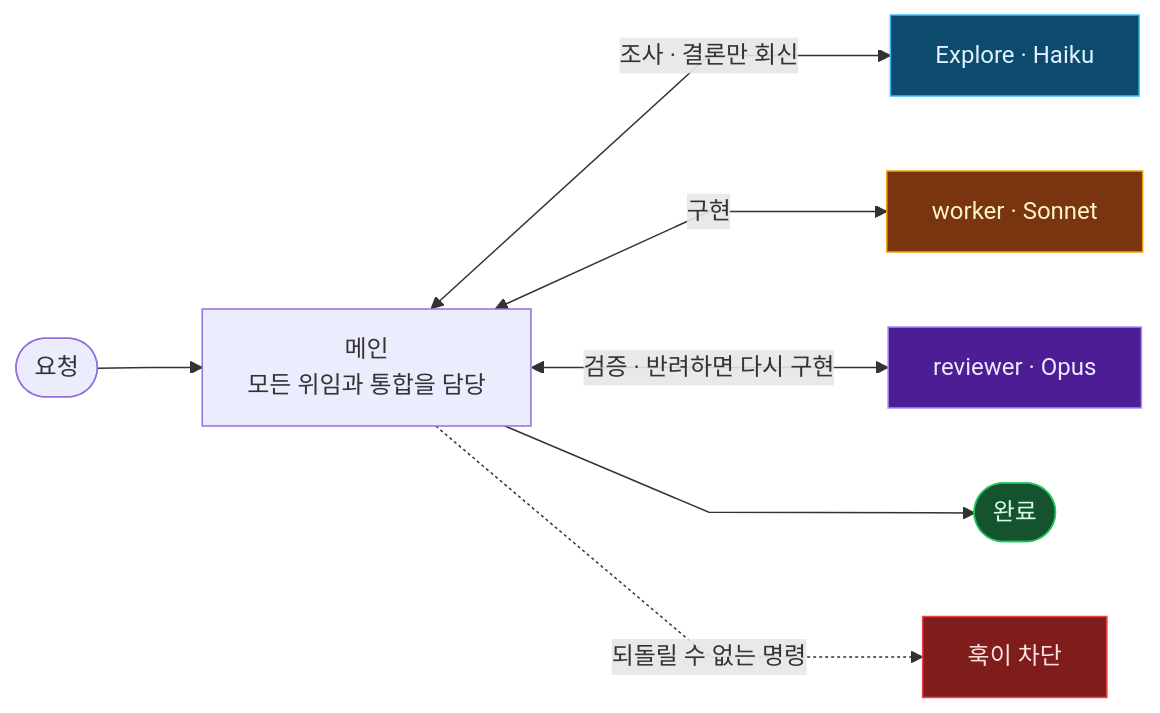
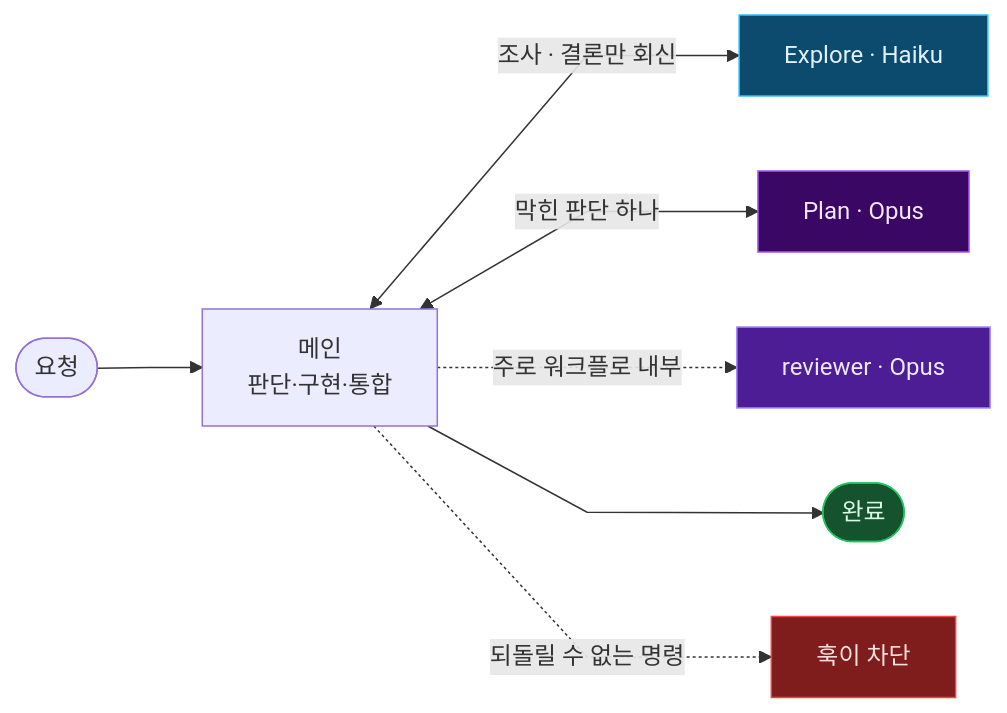
One commit to khakisketch/KSI-Claude-Harness changed the diagram in README.md. Above: the diagram before and after it, drawn with Mermaid. The commit also changed other lines of this file and 13 other files, not shown here.

````diff
--- a/README.md
+++ b/README.md
@@ -314,17 +296,17 @@
 ```mermaid
 %%{init: {'flowchart': {'curve': 'linear', 'nodeSpacing': 50, 'rankSpacing': 70}}}%%
 flowchart LR
     REQ([요청]) --> MAIN
-    MAIN[메인<br/>모든 위임과 통합을 담당]
+    MAIN[메인<br/>판단·구현·통합]
     MAIN <-->|조사 · 결론만 회신| EX[Explore · Haiku]
-    MAIN <-->|구현| WK[worker · Sonnet]
-    MAIN <-->|검증 · 반려하면 다시 구현| RV[reviewer · Opus]
+    MAIN <-->|막힌 판단 하나| PL[Plan · Opus]
+    MAIN -.->|주로 워크플로 내부| RV[reviewer · Opus]
     MAIN --> DONE([완료])
     MAIN -.->|되돌릴 수 없는 명령| HOOK[훅이 차단]
 
     style EX fill:#0c4a6e,stroke:#38bdf8,color:#e0f2fe
-    style WK fill:#78350f,stroke:#f59e0b,color:#fef3c7
+    style PL fill:#3b0764,stroke:#a855f7,color:#f3e8ff
     style RV fill:#4c1d95,stroke:#a78bfa,color:#ede9fe
     style HOOK fill:#7f1d1d,stroke:#ef4444,color:#fee2e2
     style DONE fill:#14532d,stroke:#22c55e,color:#dcfce7
 ```
````
